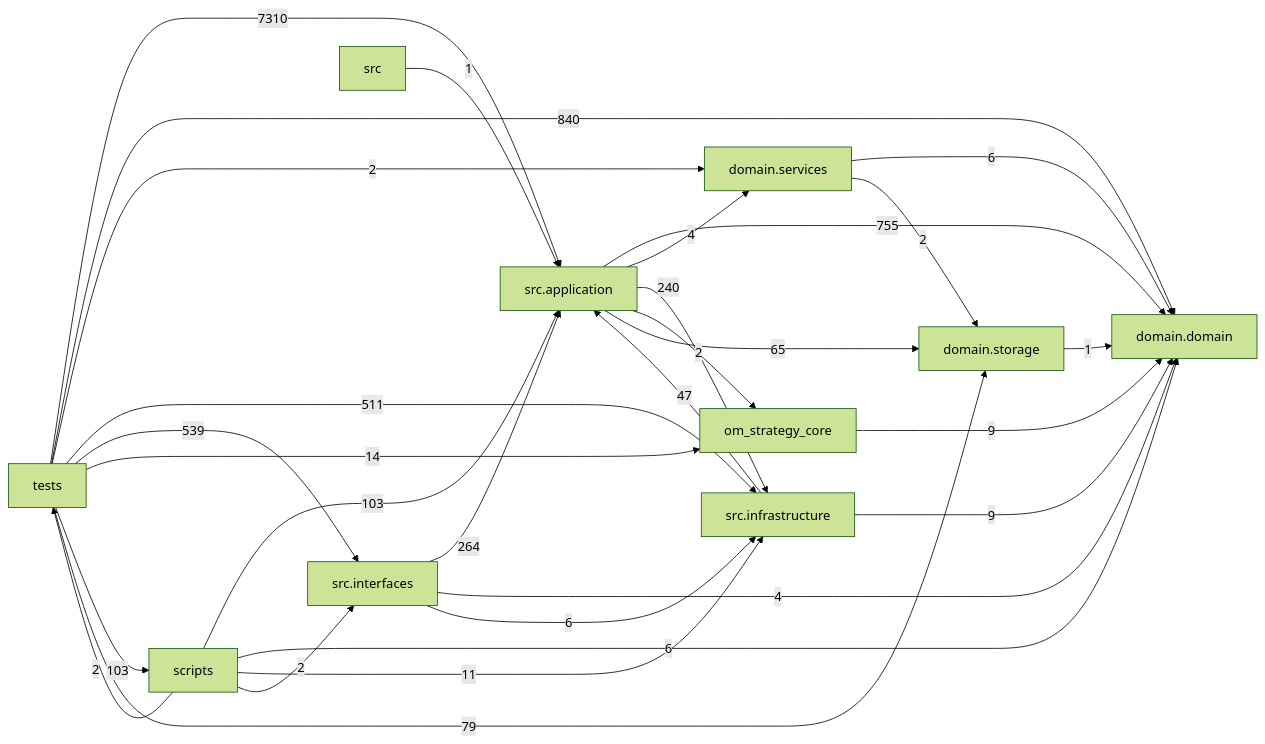
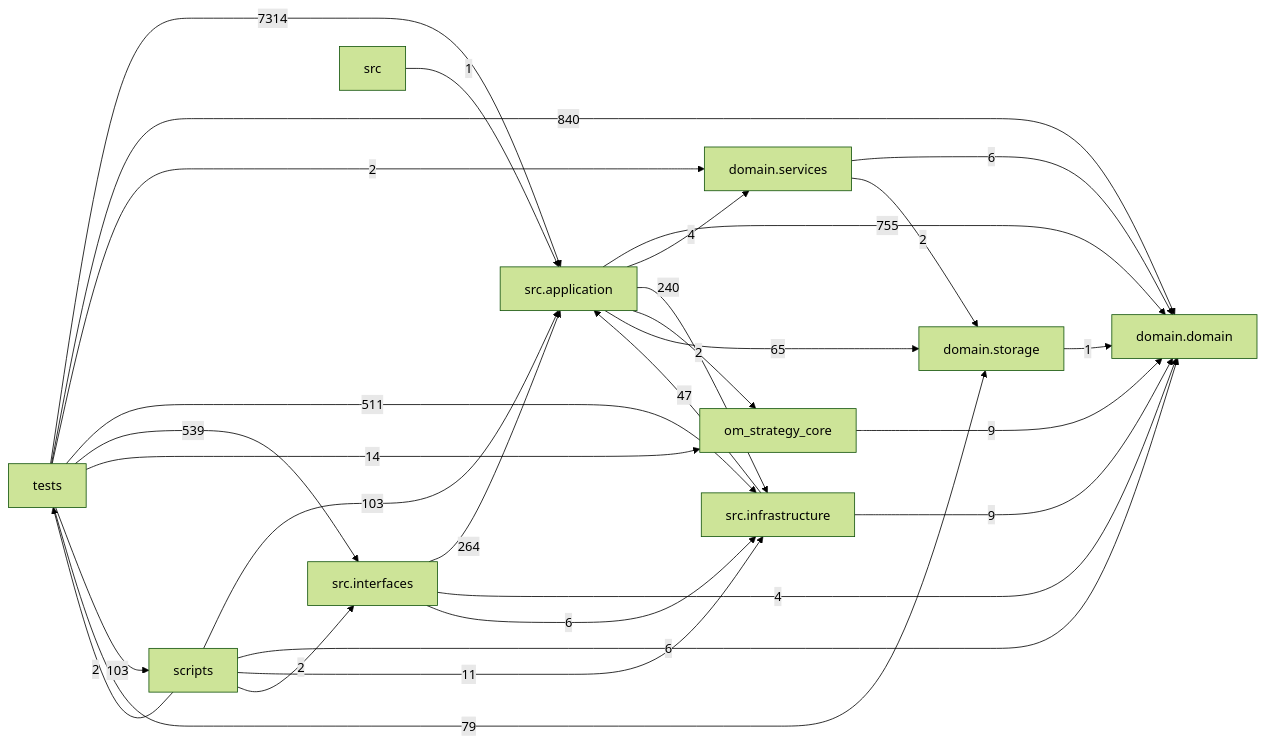
Before and after one commit to liuxie066/options-monitor: the diagram in docs/DEPENDENCY_GRAPH.md, drawn with Mermaid (forest theme). The commit also changed other lines of this file and 6 other files, not shown here.

````diff
--- a/docs/DEPENDENCY_GRAPH.md
+++ b/docs/DEPENDENCY_GRAPH.md
@@ -24,39 +24,39 @@
 ```mermaid
 flowchart LR
   tests["tests"]
   scripts["scripts"]
   interfaces["src.interfaces"]
   application["src.application"]
   infrastructure["src.infrastructure"]
   domain_services["domain.services"]
   domain["domain.domain"]
   storage["domain.storage"]
   application -->|755| domain
   application -->|4| domain_services
   application -->|240| infrastructure
   application -->|2| om_strategy_core
   application -->|65| storage
   domain_services -->|6| domain
   domain_services -->|2| storage
   infrastructure -->|47| application
   infrastructure -->|9| domain
   interfaces -->|264| application
   interfaces -->|4| domain
   interfaces -->|6| infrastructure
   om_strategy_core -->|9| domain
   scripts -->|103| application
   scripts -->|6| domain
   scripts -->|11| infrastructure
   scripts -->|2| interfaces
   scripts -->|2| tests
   src -->|1| application
   storage -->|1| domain
-  tests -->|7310| application
+  tests -->|7314| application
   tests -->|840| domain
   tests -->|2| domain_services
   tests -->|511| infrastructure
   tests -->|539| interfaces
   tests -->|14| om_strategy_core
   tests -->|103| scripts
   tests -->|79| storage
 ```
````
